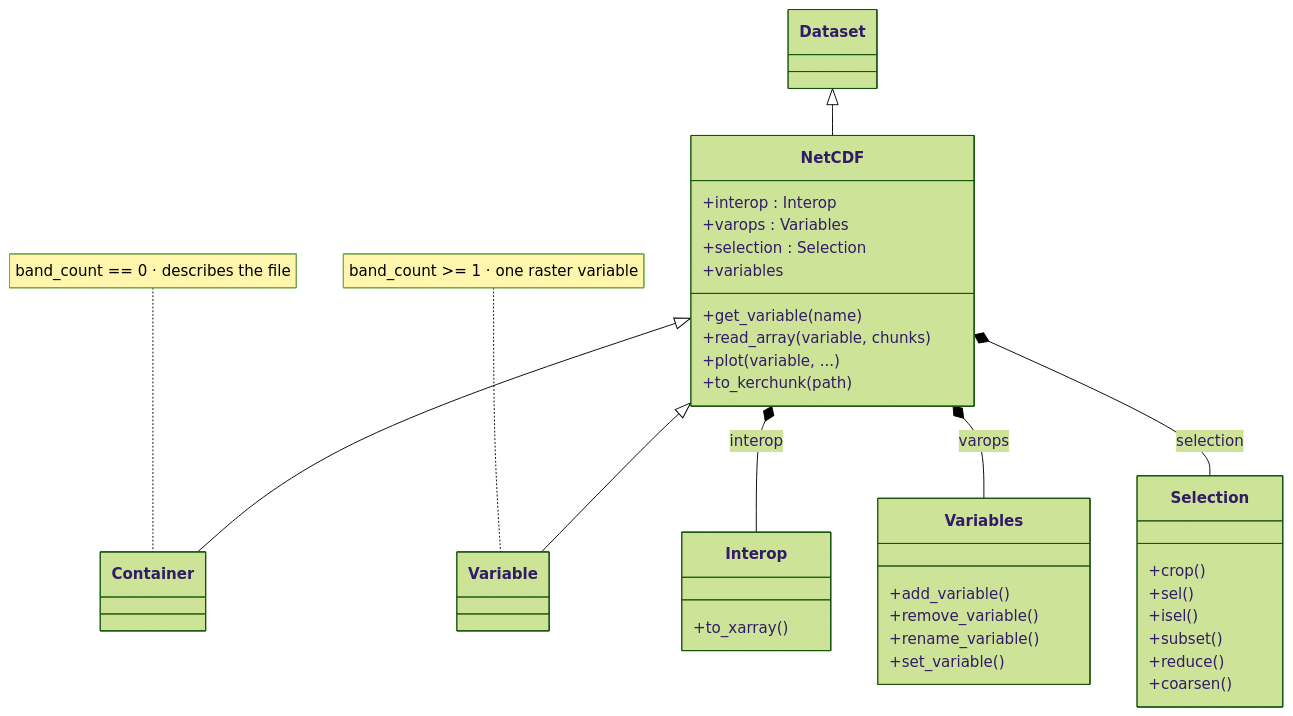
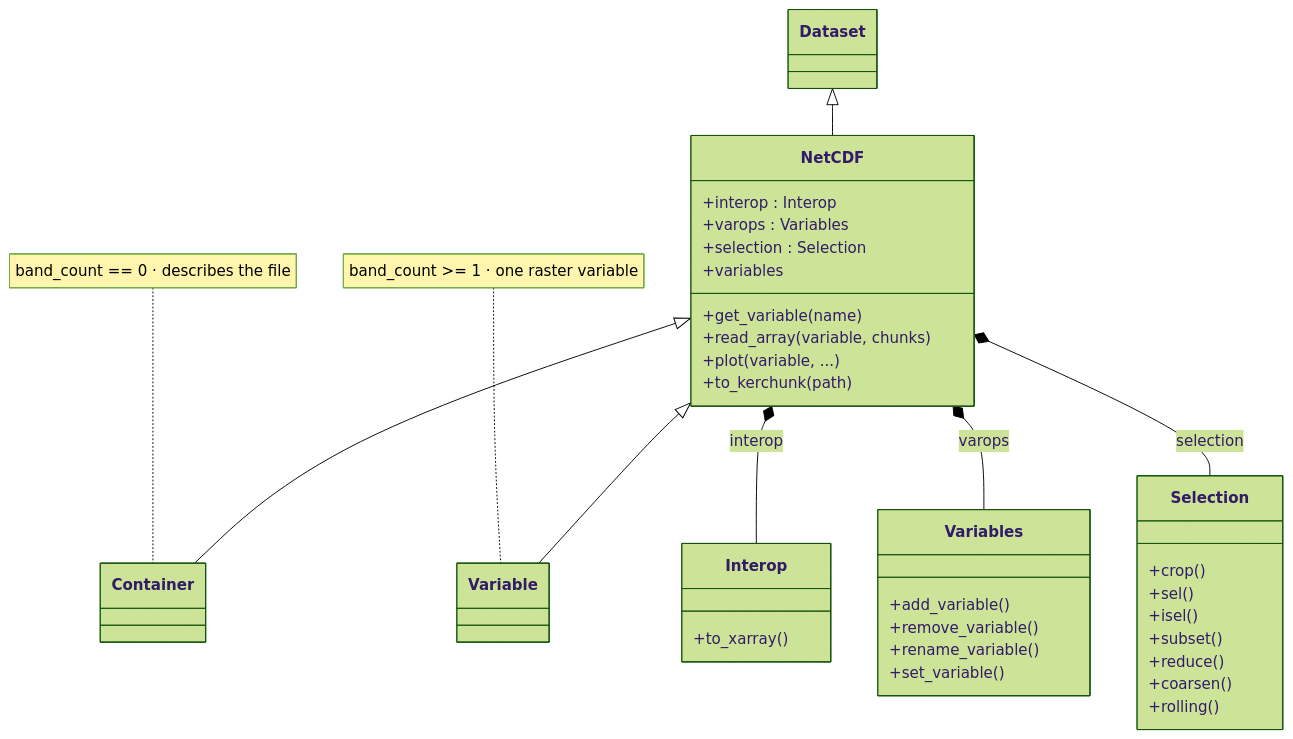
The second of 3 diagrams in docs/reference/netcdf/index.md (serapeum-org/pyramids), drawn with Mermaid (forest theme) before and after one commit. The commit also changed 6 other files, not shown here.

````diff
--- a/docs/reference/netcdf/index.md
+++ b/docs/reference/netcdf/index.md
@@ -40,41 +40,42 @@
 ```mermaid
 classDiagram
     class Dataset
     class NetCDF {
       +interop : Interop
       +varops : Variables
       +selection : Selection
       +variables
       +get_variable(name)
       +read_array(variable, chunks)
       +plot(variable, ...)
       +to_kerchunk(path)
     }
     class Container
     class Variable
     class Interop {
       +to_xarray()
     }
     class Variables {
       +add_variable()
       +remove_variable()
       +rename_variable()
       +set_variable()
     }
     class Selection {
       +crop()
       +sel()
       +isel()
       +subset()
       +reduce()
       +coarsen()
+      +rolling()
     }
     Dataset <|-- NetCDF
     NetCDF <|-- Container
     NetCDF <|-- Variable
     NetCDF *-- Interop : interop
     NetCDF *-- Variables : varops
     NetCDF *-- Selection : selection
     note for Container "band_count == 0 · describes the file"
     note for Variable "band_count >= 1 · one raster variable"
 ```
````
